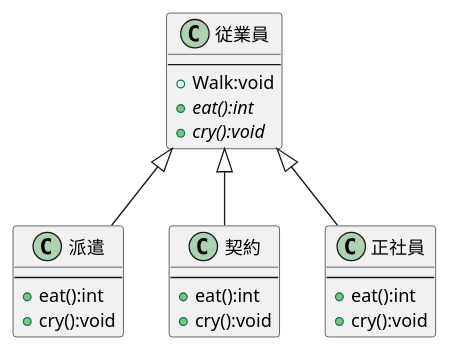
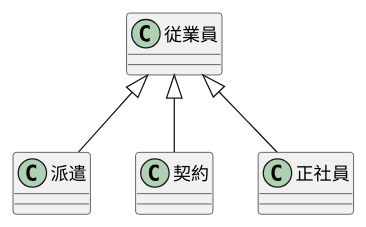
One commit to TTaKesAwA/uml-intro changed the diagram in 演習3-1_雇用形態.pu. Above: the diagram before and after it, drawn with PlantUML. The commit also changed 2 other files, not shown here.

```diff
--- a/演習3-1_雇用形態.pu
+++ b/演習3-1_雇用形態.pu
@@ -1,27 +1,18 @@
 @startuml 雇用形態
 class 従業員 {
----
-+ Walk:void
-+ {abstract} eat():int
-+ {abstract} cry():void
+
 }
 class 派遣 {
----
-+ eat():int
-+ cry():void
+
 }
 class 契約 {
----
-+ eat():int
-+ cry():void
+
 }
 
 class 正社員 {
----
-+ eat():int
-+ cry():void
+
 }
 従業員 <|-down- 派遣
 従業員 <|-down- 契約
 従業員 <|-down- 正社員
 @enduml
```
